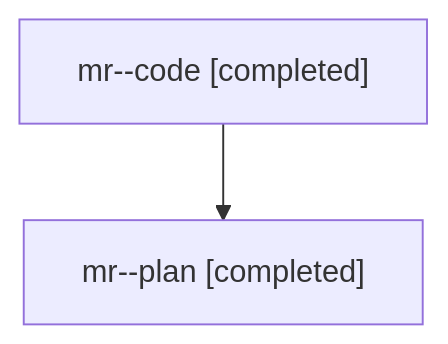
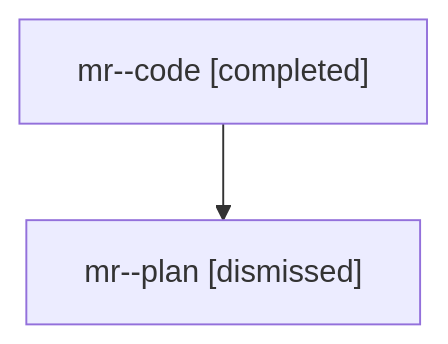
Before and after one commit to sase-org/sase--agents: the diagram in families/bbugyi200.athena.mr.md, drawn with Mermaid. The commit also changed other lines of this file and 1002 other files, not shown here.

````diff
--- a/families/bbugyi200.athena.mr.md
+++ b/families/bbugyi200.athena.mr.md
@@ -9,6 +9,6 @@
 ```mermaid
 flowchart TD
   n0["mr--code [completed]"]
-  n1["mr--plan [completed]"]
+  n1["mr--plan [dismissed]"]
   n0 --> n1
 ```
````
